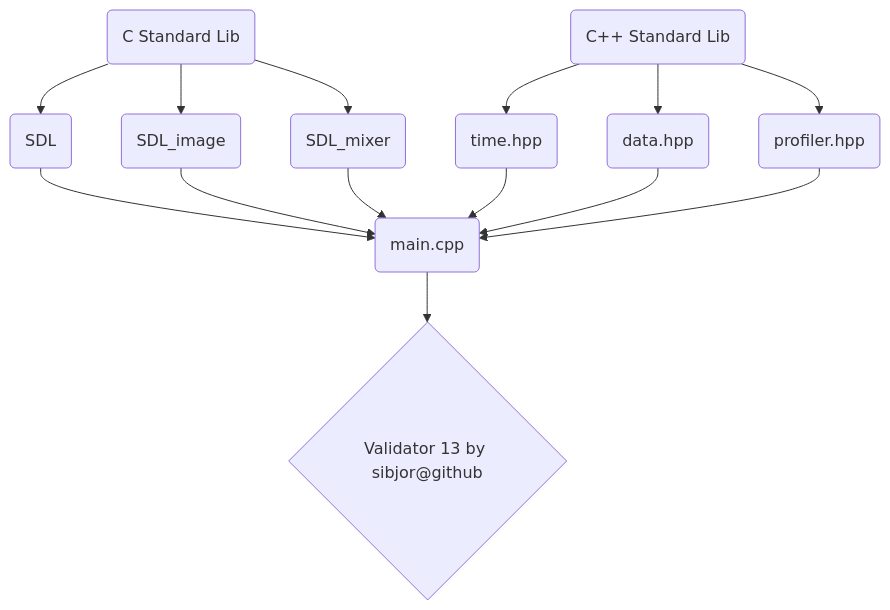
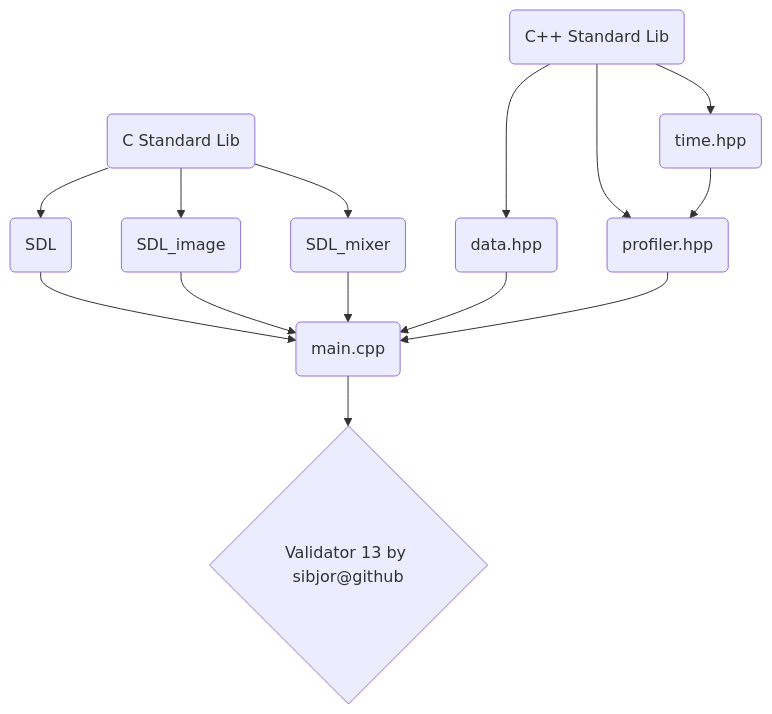
The diagram in README.md (sibjor/ParkourRunner), drawn with Mermaid before and after one commit.

````diff
--- a/README.md
+++ b/README.md
@@ -11,31 +11,32 @@
 ```mermaid
 flowchart TD
     A(C Standard Lib)
     B(C++ Standard Lib)
     C(SDL)
     D(SDL_image)
     E(SDL_mixer)
     F(profiler.hpp) 
     G(time.hpp) 
     H(data.hpp)
     I(main.cpp)
     J{Validator 13 by sibjor@github}
 
     A --> C
     A --> D
     A --> E
 
     C --> I
     D --> I
     E --> I
 
     B --> G
     B --> H
     B --> F
 
-    G --> I
+    G --> F
+    
     H --> I
     F --> I
 
     I --> J
 ```
````
